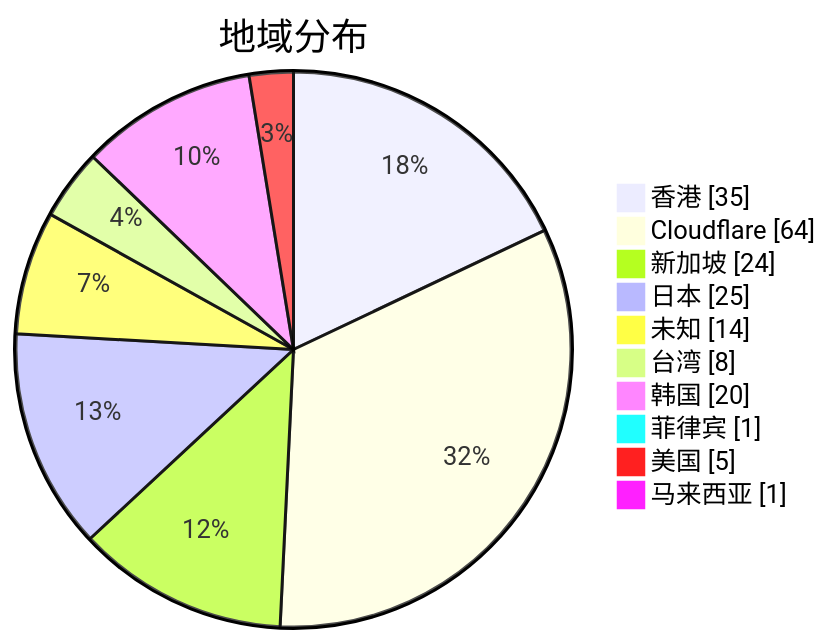
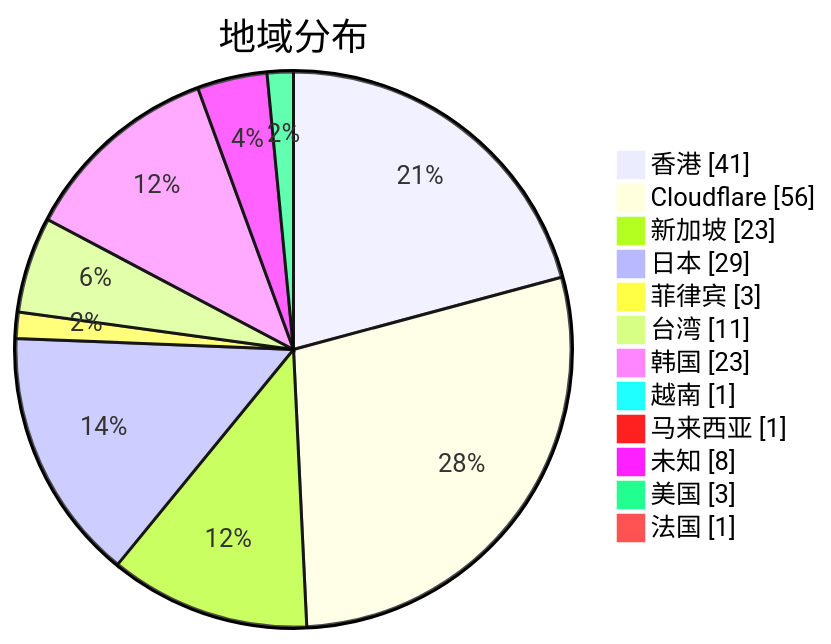
The second of 3 diagrams in subs/statistics/tested_within.md (qjlxg/airport), drawn with Mermaid before and after one commit. The commit also changed other lines of this file and 2 other files, not shown here.

````diff
--- a/subs/statistics/tested_within.md
+++ b/subs/statistics/tested_within.md
@@ -12,14 +12,16 @@
 ```mermaid
 pie showData
 title 地域分布
-"香港" : 35
-"Cloudflare" : 64
-"新加坡" : 24
-"日本" : 25
-"未知" : 14
-"台湾" : 8
-"韩国" : 20
-"菲律宾" : 1
-"美国" : 5
+"香港" : 41
+"Cloudflare" : 56
+"新加坡" : 23
+"日本" : 29
+"菲律宾" : 3
+"台湾" : 11
+"韩国" : 23
+"越南" : 1
 "马来西亚" : 1
+"未知" : 8
+"美国" : 3
+"法国" : 1
 ```
````
